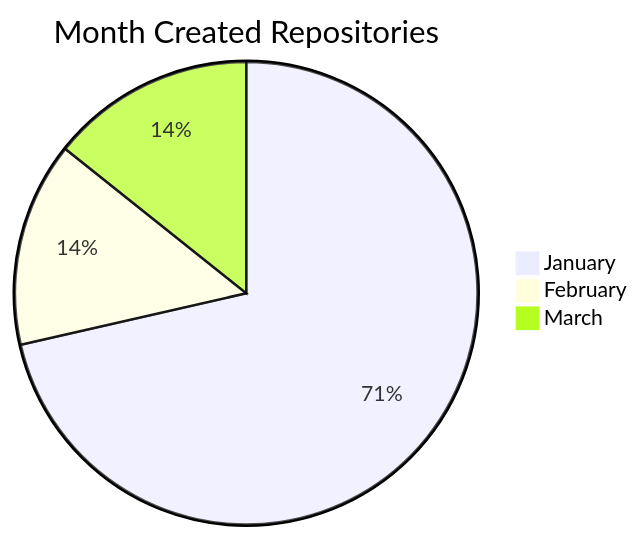
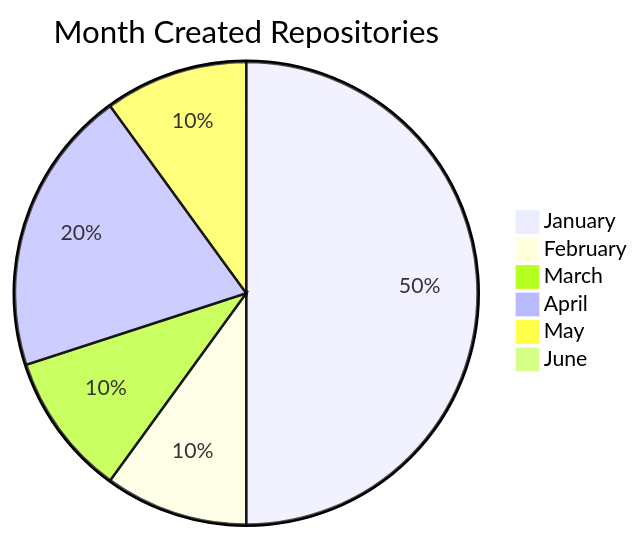
One commit to BackdevHong/WOC changed the second of 2 diagrams in README.md. Above: the diagram before and after it, drawn with Mermaid. The commit also changed other lines of this file, not shown here.

````diff
--- a/README.md
+++ b/README.md
@@ -17,6 +24,9 @@
 ```mermaid
 pie title Month Created Repositories
 "January" : 5
 "February" : 1
 "March" : 1
+"April" : 2 
+"May" : 1
+"June" : 0
 ```
````
